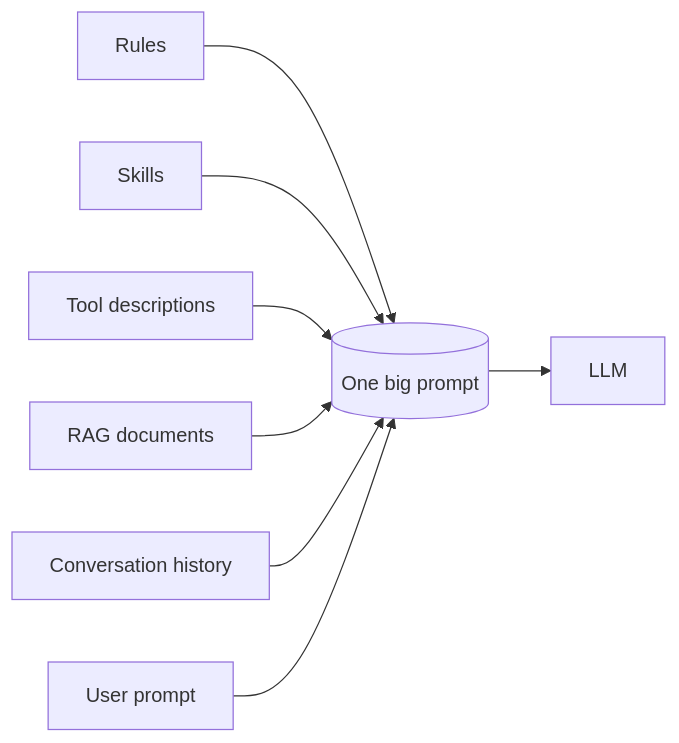
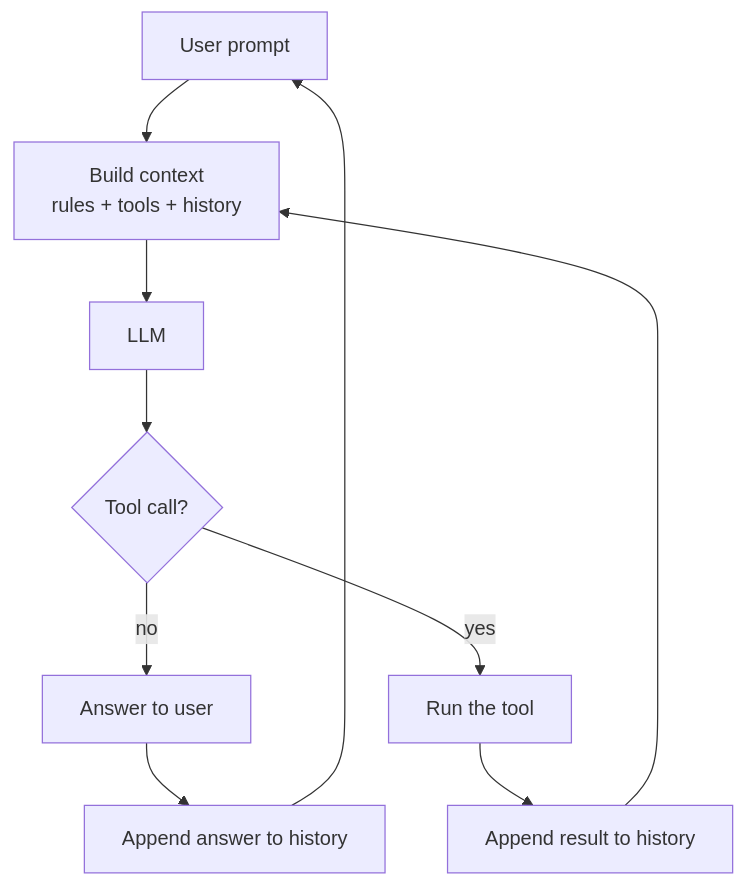
The fifth of 7 diagrams in PRESENTATION.md (ilsasdo/its-all-about-prompting), drawn with Mermaid before and after one commit. The commit also changed other lines of this file, not shown here.

````diff
--- a/PRESENTATION.md
+++ b/PRESENTATION.md
@@ -117,10 +141,12 @@
 ```mermaid
-flowchart LR
-    R[Rules] --> P
-    S[Skills] --> P
-    T[Tool descriptions] --> P
-    G[RAG documents] --> P
-    H[Conversation history] --> P
-    U[User prompt] --> P
-    P[(One big prompt)] --> L[LLM]
+flowchart TD
+    U[User prompt] --> B[Build context<br/>rules + tools + history]
+    B --> L[LLM]
+    L --> D{Tool call?}
+    D -- no --> A[Answer to user]
+    D -- yes --> X[Run the tool]
+    X --> H[Append result to history]
+    H --> B
+    A --> H2[Append answer to history]
+    H2 --> U
 ```
````
